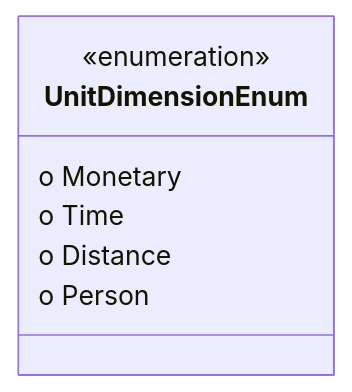
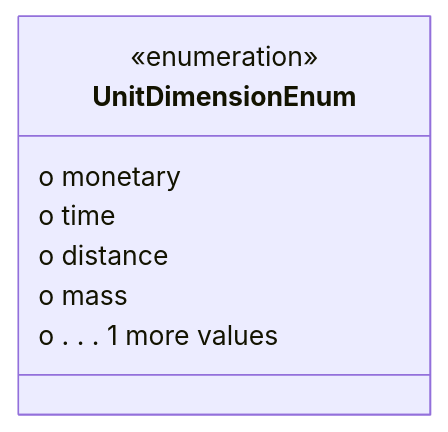
The diagram in datamodel-build/mermaid/UnitDimensionEnum.mmd (codexstanford/Insurance-Payout-Ontology), drawn with Mermaid before and after one commit. The commit also changed 132 other files, not shown here.

```diff
--- a/datamodel-build/mermaid/UnitDimensionEnum.mmd
+++ b/datamodel-build/mermaid/UnitDimensionEnum.mmd
@@ -1,8 +1,9 @@
 classDiagram
 class UnitDimensionEnum {
 <<enumeration>>
-  o Monetary
-  o Time
-  o Distance
-  o Person
+  o monetary
+  o time
+  o distance
+  o mass
+  o . . . 1 more values
 }
```
